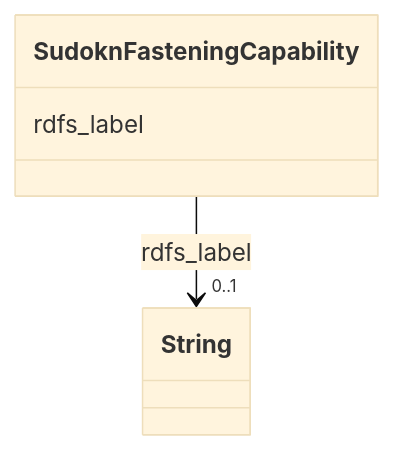
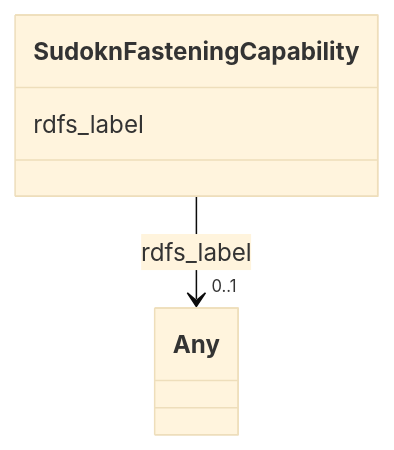
The diagram in sudokn-kg/classes/SudoknFasteningCapability.md (frink-okn/graph-descriptions), drawn with Mermaid (base theme) before and after one commit. The commit also changed other lines of this file and 903 other files, not shown here.

````diff
--- a/sudokn-kg/classes/SudoknFasteningCapability.md
+++ b/sudokn-kg/classes/SudoknFasteningCapability.md
@@ -23,15 +18,15 @@
 ```mermaid
  classDiagram
     class SudoknFasteningCapability
     click SudoknFasteningCapability href "../SudoknFasteningCapability"
       SudoknFasteningCapability : rdfs_label
         
           
     
     
-    SudoknFasteningCapability --> "0..1" String : rdfs_label
-    click String href "../String"
+    SudoknFasteningCapability --> "0..1" Any : rdfs_label
+    click Any href "../Any"
 
         
       
 ```
````
